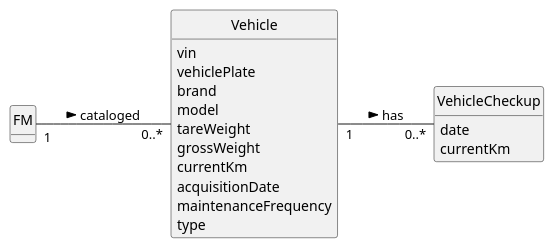
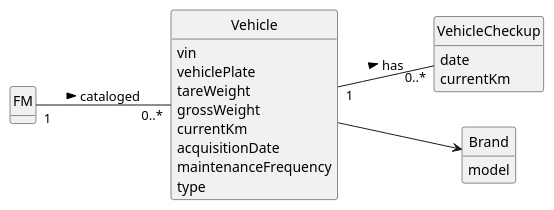
One commit to ricardomm7/leaflink changed the diagram in docs/sprintA/us008/02.analysis/puml/us008-domain-model.puml. Above: the diagram before and after it, drawn with PlantUML. The commit also changed 17 other files, not shown here.

```diff
--- a/docs/sprintA/us008/02.analysis/puml/us008-domain-model.puml
+++ b/docs/sprintA/us008/02.analysis/puml/us008-domain-model.puml
@@ -1,35 +1,39 @@
 @startuml
 skinparam monochrome true
 skinparam packageStyle rectangle
 skinparam shadowing false
 
 skinparam classAttributeIconSize 0
 left to right direction
 
 hide circle
 hide methods
 
 class FM {
 }
 
-class Vehicle {
-    vin
-    vehiclePlate
-    brand
-    model
-    tareWeight
-    grossWeight
-    currentKm
-    acquisitionDate
-    maintenanceFrequency
-    type
-}
-
 class VehicleCheckup {
     date
     currentKm
 }
 
+class Vehicle {
+vin
+vehiclePlate
+tareWeight
+grossWeight
+currentKm
+acquisitionDate
+maintenanceFrequency
+type
+}
+
+class Brand {
+model
+}
+
+
+Vehicle --> Brand
 FM "1" -- "0..*" Vehicle : cataloged >
 Vehicle "1" -- "0..*" VehicleCheckup : has >
 @enduml
```
